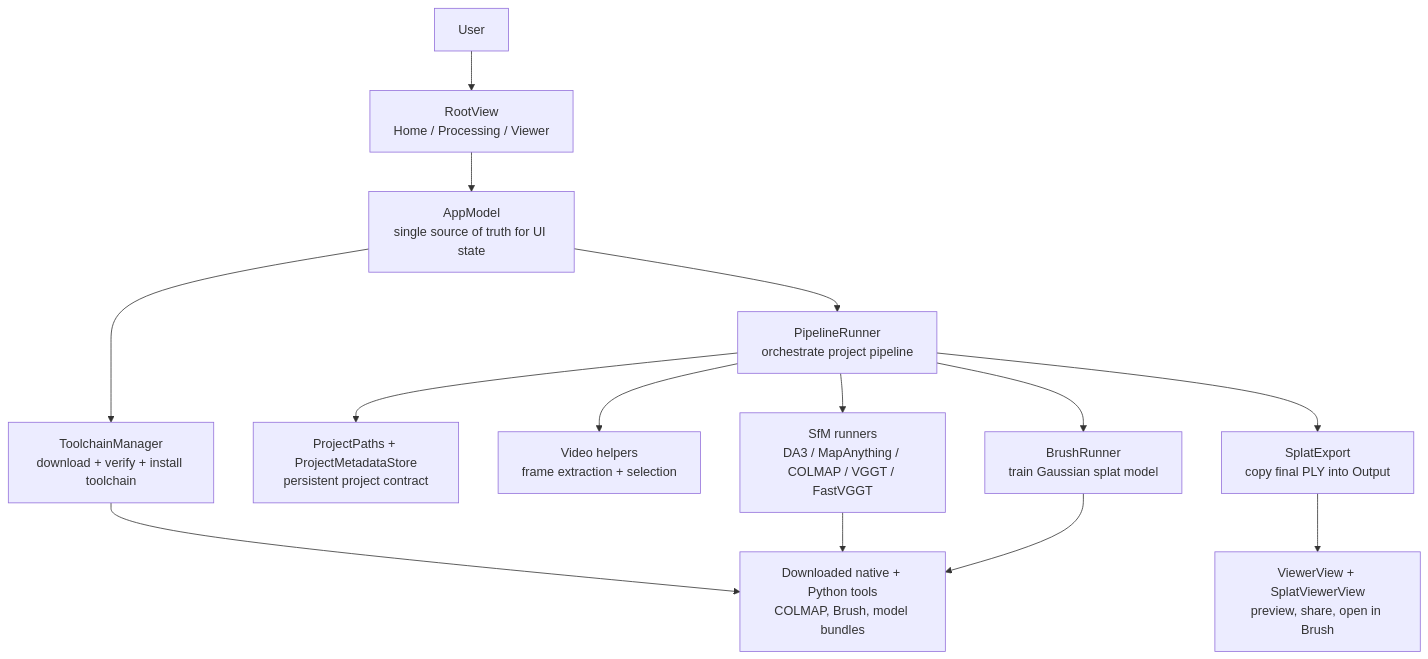
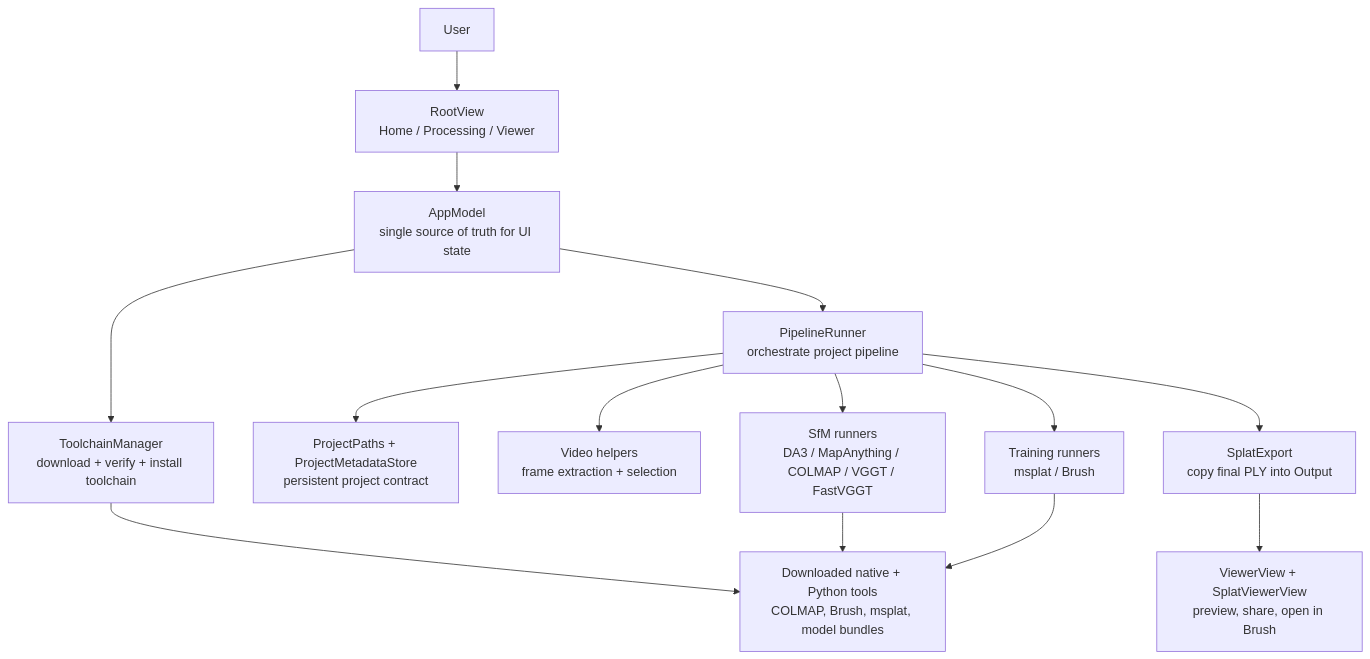
The first of 2 diagrams in ONBOARDING.md (dud8/EasySplat), drawn with Mermaid before and after one commit. The commit also changed other lines of this file and 46 other files, not shown here.

Commit message:
feat: add streamlined apple silicon fast flow

````diff
--- a/ONBOARDING.md
+++ b/ONBOARDING.md
@@ -159,19 +159,19 @@
 ```mermaid
 flowchart TD
     User["User"] --> Root["RootView<br/>Home / Processing / Viewer"]
     Root --> AppModel["AppModel<br/>single source of truth for UI state"]
 
     AppModel --> Toolchain["ToolchainManager<br/>download + verify + install toolchain"]
     AppModel --> Runner["PipelineRunner<br/>orchestrate project pipeline"]
 
     Runner --> Project["ProjectPaths + ProjectMetadataStore<br/>persistent project contract"]
     Runner --> Video["Video helpers<br/>frame extraction + selection"]
     Runner --> SFM["SfM runners<br/>DA3 / MapAnything / COLMAP / VGGT / FastVGGT"]
-    Runner --> Train["BrushRunner<br/>train Gaussian splat model"]
+    Runner --> Train["Training runners<br/>msplat / Brush"]
     Runner --> Export["SplatExport<br/>copy final PLY into Output"]
 
     Export --> Viewer["ViewerView + SplatViewerView<br/>preview, share, open in Brush"]
-    Toolchain --> External["Downloaded native + Python tools<br/>COLMAP, Brush, model bundles"]
+    Toolchain --> External["Downloaded native + Python tools<br/>COLMAP, Brush, msplat, model bundles"]
     SFM --> External
     Train --> External
 ```
````
